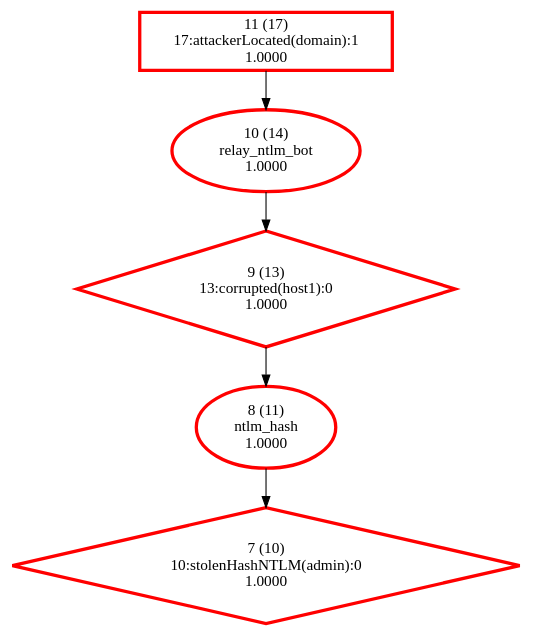
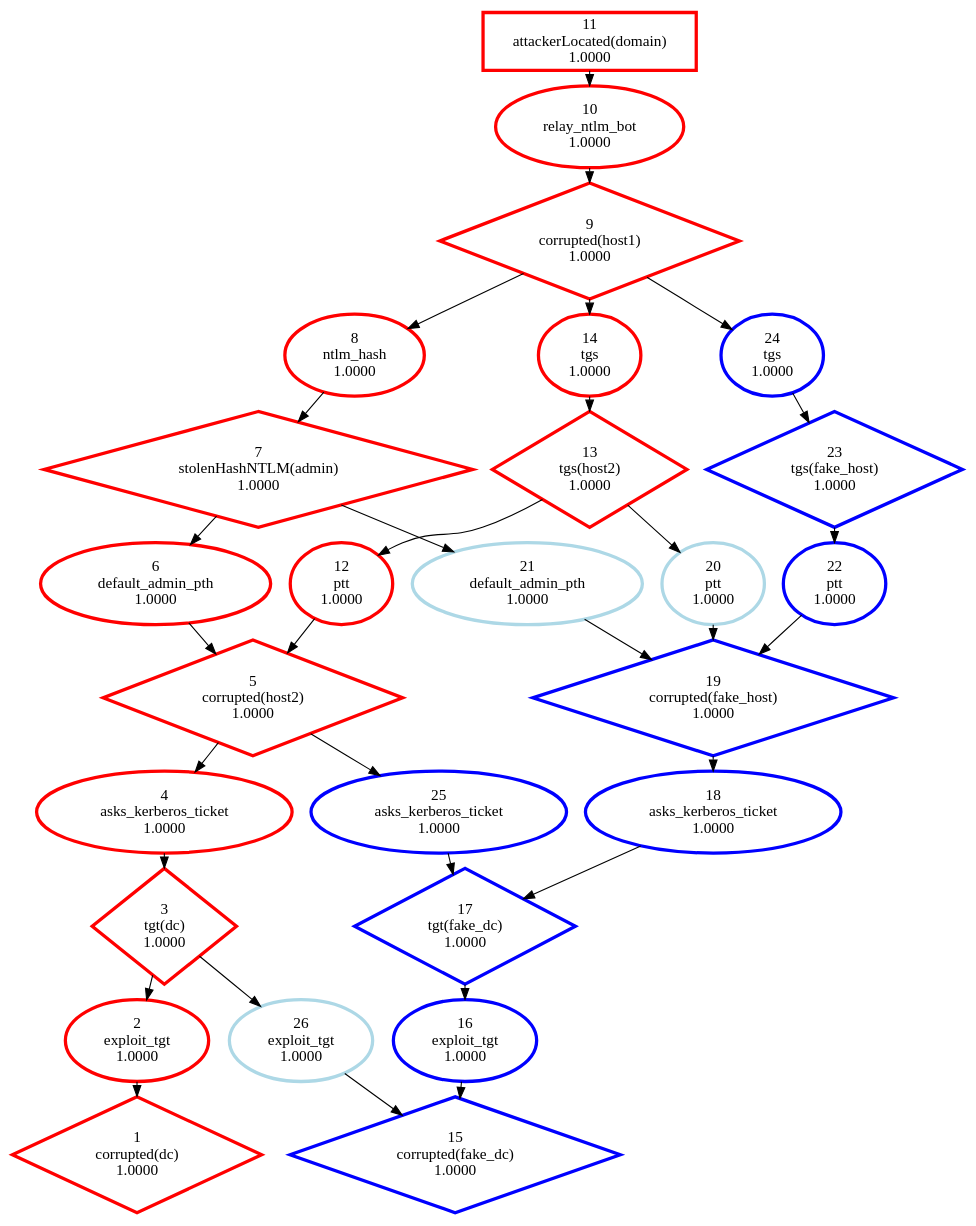
Before and after one commit to NathanaeldeLaChesnais/attacker_profiling_for_BAG_with_honeypots: the diagram in Personnal_simulations/output_HighLevel/strongly_connected_components/reference.dot, drawn with Graphviz. The commit also changed 59 other files, not shown here.

```diff
--- a/Personnal_simulations/output_HighLevel/strongly_connected_components/reference.dot
+++ b/Personnal_simulations/output_HighLevel/strongly_connected_components/reference.dot
@@ -1,11 +1,59 @@
 digraph G {
-  "11" [label="11 (17)\n17:attackerLocated(domain):1\n1.0000", color="#FF0000", penwidth=3, shape="box"];
-  "10" [label="10 (14)\nrelay_ntlm_bot\n1.0000", color="#FF0000", penwidth=3, shape="ellipse"];
-  "9" [label="9 (13)\n13:corrupted(host1):0\n1.0000", color="#FF0000", penwidth=3, shape="diamond"];
-  "8" [label="8 (11)\nntlm_hash\n1.0000", color="#FF0000", penwidth=3, shape="ellipse"];
-  "7" [label="7 (10)\n10:stolenHashNTLM(admin):0\n1.0000", color="#FF0000", penwidth=3, shape="diamond"];
+ranksep=0.2;
+  "1" [label="1\ncorrupted(dc)\n1.0000", color="#FF0000", penwidth=3, shape="diamond"];
+  "2" [label="2\nexploit_tgt\n1.0000", color="#FF0000", penwidth=3, shape="ellipse"];
+  "3" [label="3\ntgt(dc)\n1.0000", color="#FF0000", penwidth=3, shape="diamond"];
+  "4" [label="4\nasks_kerberos_ticket\n1.0000", color="#FF0000", penwidth=3, shape="ellipse"];
+  "5" [label="5\ncorrupted(host2)\n1.0000", color="#FF0000", penwidth=3, shape="diamond"];
+  "6" [label="6\ndefault_admin_pth\n1.0000", color="#FF0000", penwidth=3, shape="ellipse"];
+  "7" [label="7\nstolenHashNTLM(admin)\n1.0000", color="#FF0000", penwidth=3, shape="diamond"];
+  "8" [label="8\nntlm_hash\n1.0000", color="#FF0000", penwidth=3, shape="ellipse"];
+  "9" [label="9\ncorrupted(host1)\n1.0000", color="#FF0000", penwidth=3, shape="diamond"];
+  "10" [label="10\nrelay_ntlm_bot\n1.0000", color="#FF0000", penwidth=3, shape="ellipse"];
+  "11" [label="11\nattackerLocated(domain)\n1.0000", color="#FF0000", penwidth=3, shape="box"];
+  "12" [label="12\nptt\n1.0000", color="#FF0000", penwidth=3, shape="ellipse"];
+  "13" [label="13\ntgs(host2)\n1.0000", color="#FF0000", penwidth=3, shape="diamond"];
+  "14" [label="14\ntgs\n1.0000", color="#FF0000", penwidth=3, shape="ellipse"];
+  "15" [label="15\ncorrupted(fake_dc)\n1.0000", color="blue", penwidth=3, shape="diamond"];
+  "16" [label="16\nexploit_tgt\n1.0000", color="blue", penwidth=3, shape="ellipse"];
+  "17" [label="17\ntgt(fake_dc)\n1.0000", color="blue", penwidth=3, shape="diamond"];
+  "18" [label="18\nasks_kerberos_ticket\n1.0000", color="blue", penwidth=3, shape="ellipse"];
+  "19" [label="19\ncorrupted(fake_host)\n1.0000", color="blue", penwidth=3, shape="diamond"];
+  "20" [label="20\nptt\n1.0000", color="lightblue", penwidth=3, shape="ellipse"];
+  "21" [label="21\ndefault_admin_pth\n1.0000", color="lightblue", penwidth=3, shape="ellipse"];
+  "22" [label="22\nptt\n1.0000", color="blue", penwidth=3, shape="ellipse"];
+  "23" [label="23\ntgs(fake_host)\n1.0000", color="blue", penwidth=3, shape="diamond"];
+  "24" [label="24\ntgs\n1.0000", color="blue", penwidth=3, shape="ellipse"];
+  "25" [label="25\nasks_kerberos_ticket\n1.0000", color="blue", penwidth=3, shape="ellipse"];
+  "26" [label="26\nexploit_tgt\n1.0000", color="lightblue", penwidth=3, shape="ellipse"];
   "11" -> "10";
   "10" -> "9";
   "9" -> "8";
+  "9" -> "14";
+  "9" -> "24";
   "8" -> "7";
+  "7" -> "6";
+  "7" -> "21";
+  "6" -> "5";
+  "5" -> "4";
+  "5" -> "25";
+  "14" -> "13";
+  "13" -> "12";
+  "13" -> "20";
+  "12" -> "5";
+  "4" -> "3";
+  "3" -> "2";
+  "3" -> "26";
+  "2" -> "1";
+  "20" -> "19";
+  "19" -> "18";
+  "21" -> "19";
+  "24" -> "23";
+  "23" -> "22";
+  "22" -> "19";
+  "18" -> "17";
+  "17" -> "16";
+  "25" -> "17";
+  "16" -> "15";
+  "26" -> "15";
 }
```
